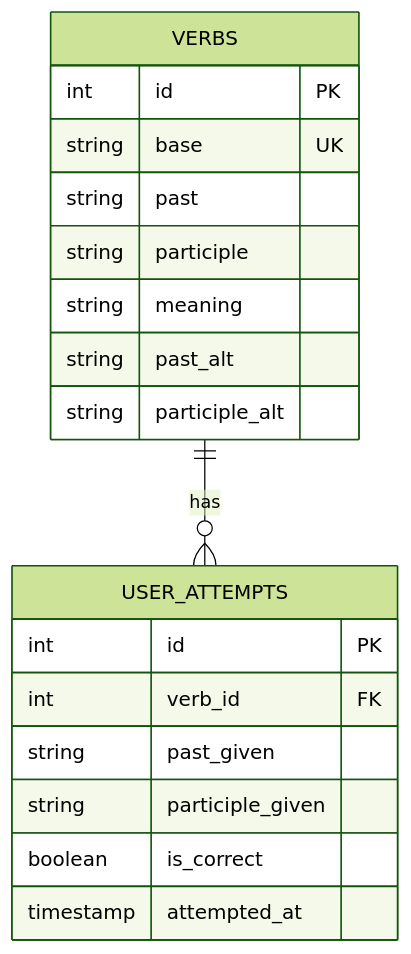
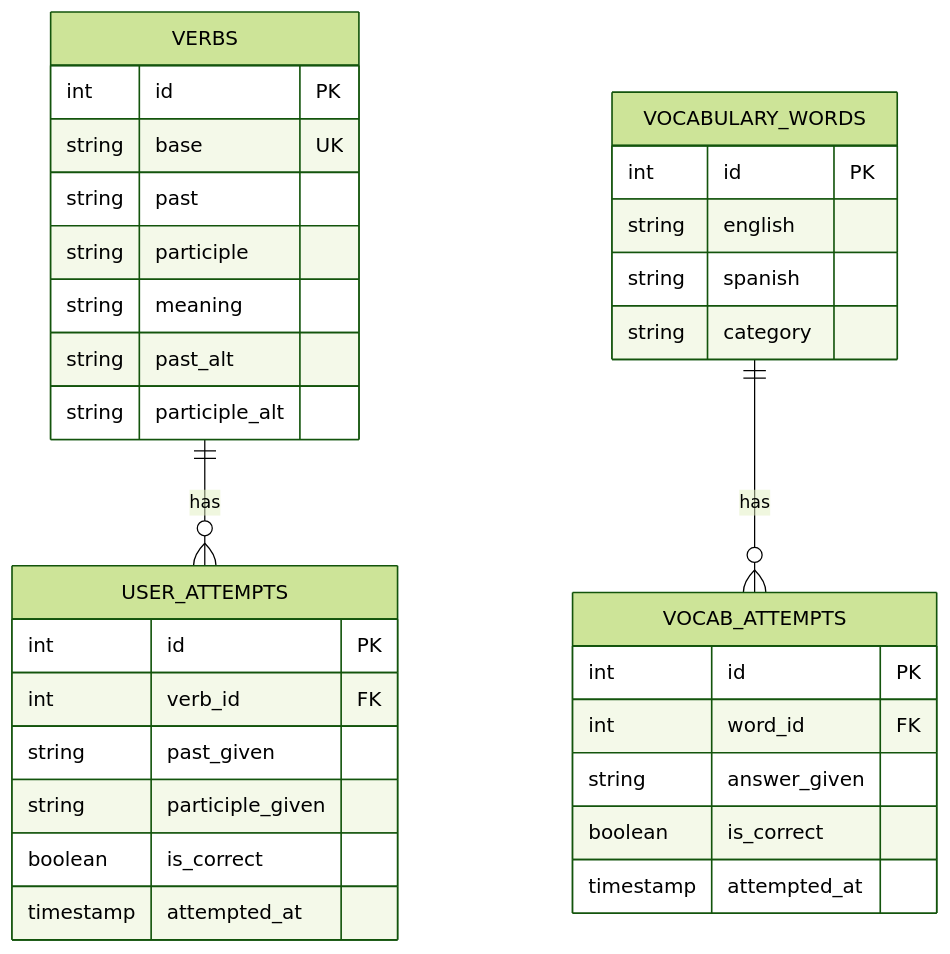
One commit to LabordaSebastian/english-verb-trainer changed the diagram in docs/database/relationships.md. Above: the diagram before and after it, drawn with Mermaid (forest theme). The commit also changed other lines of this file and 7 other files, not shown here.

````diff
--- a/docs/database/relationships.md
+++ b/docs/database/relationships.md
@@ -7,23 +7,40 @@
 ```mermaid
 erDiagram
     VERBS ||--o{ USER_ATTEMPTS : has
 
     VERBS {
         int id PK
         string base UK
         string past
         string participle
         string meaning
         string past_alt
         string participle_alt
     }
 
     USER_ATTEMPTS {
         int id PK
         int verb_id FK
         string past_given
         string participle_given
         boolean is_correct
         timestamp attempted_at
     }
+
+    VOCABULARY_WORDS ||--o{ VOCAB_ATTEMPTS : has
+
+    VOCABULARY_WORDS {
+        int id PK
+        string english
+        string spanish
+        string category
+    }
+
+    VOCAB_ATTEMPTS {
+        int id PK
+        int word_id FK
+        string answer_given
+        boolean is_correct
+        timestamp attempted_at
+    }
 ```
````
